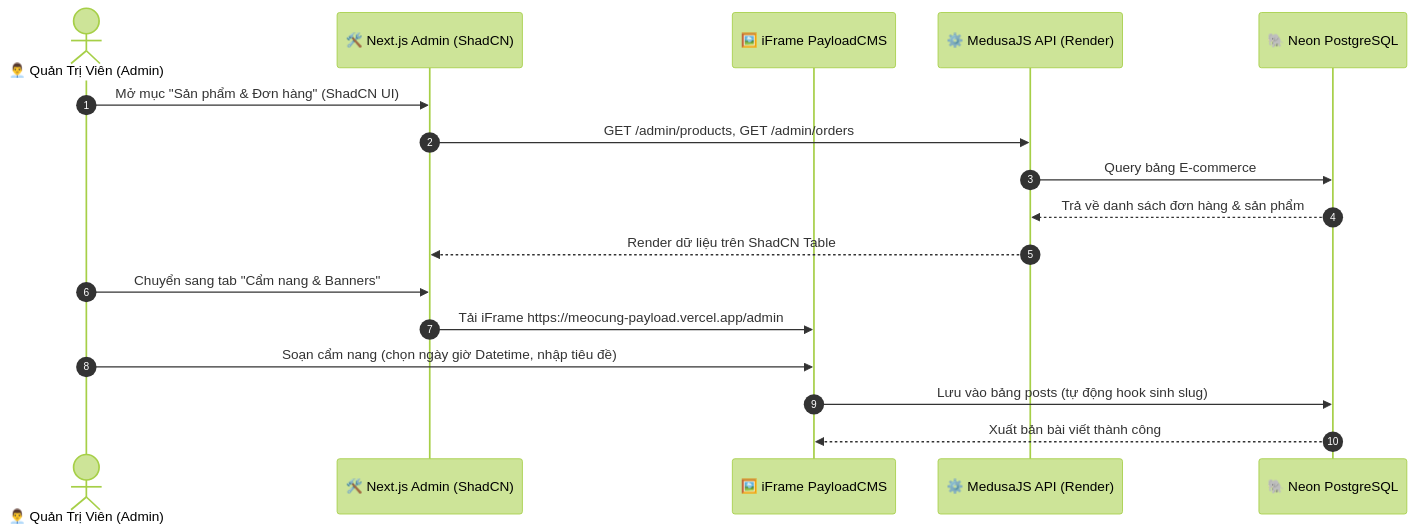
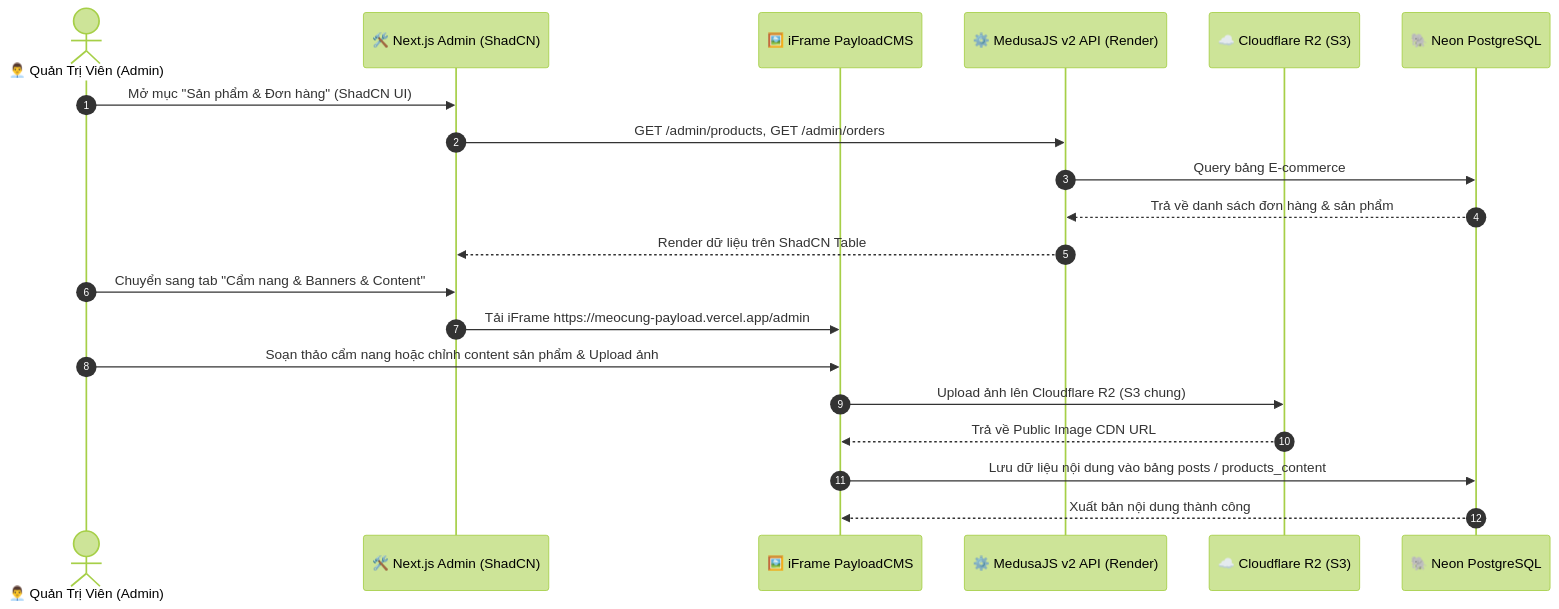
Before and after one commit to TrangLibra/meocung-ecommerce: the second of 2 diagrams in architecture.md, drawn with Mermaid (forest theme). The commit also changed other lines of this file, not shown here.

Commit message:
docs: enrich architecture.md with Medusa v2, Cloudflare R2 S3 storage, Meilisearch, and SendGrid

````diff
--- a/architecture.md
+++ b/architecture.md
@@ -112,23 +128,26 @@
 ```mermaid
 sequenceDiagram
     autonumber
     actor Admin as 👨‍💼 Quản Trị Viên (Admin)
     participant Dash as 🛠️ Next.js Admin (ShadCN)
     participant Frame as 🖼️ iFrame PayloadCMS
-    participant Medusa as ⚙️ MedusaJS API (Render)
+    participant Medusa as ⚙️ MedusaJS v2 API (Render)
+    participant S3 as ☁️ Cloudflare R2 (S3)
     participant Neon as 🐘 Neon PostgreSQL
 
     %% Phân hệ Medusa
     Admin->>Dash: Mở mục "Sản phẩm & Đơn hàng" (ShadCN UI)
     Dash->>Medusa: GET /admin/products, GET /admin/orders
     Medusa->>Neon: Query bảng E-commerce
     Neon-->>Medusa: Trả về danh sách đơn hàng & sản phẩm
     Medusa-->>Dash: Render dữ liệu trên ShadCN Table
 
     %% Phân hệ Payload qua iFrame
-    Admin->>Dash: Chuyển sang tab "Cẩm nang & Banners"
+    Admin->>Dash: Chuyển sang tab "Cẩm nang & Banners & Content"
     Dash->>Frame: Tải iFrame https://meocung-payload.vercel.app/admin
-    Admin->>Frame: Soạn cẩm nang (chọn ngày giờ Datetime, nhập tiêu đề)
-    Frame->>Neon: Lưu vào bảng posts (tự động hook sinh slug)
-    Neon-->>Frame: Xuất bản bài viết thành công
+    Admin->>Frame: Soạn thảo cẩm nang hoặc chỉnh content sản phẩm & Upload ảnh
+    Frame->>S3: Upload ảnh lên Cloudflare R2 (S3 chung)
+    S3-->>Frame: Trả về Public Image CDN URL
+    Frame->>Neon: Lưu dữ liệu nội dung vào bảng posts / products_content
+    Neon-->>Frame: Xuất bản nội dung thành công
 ```
````
